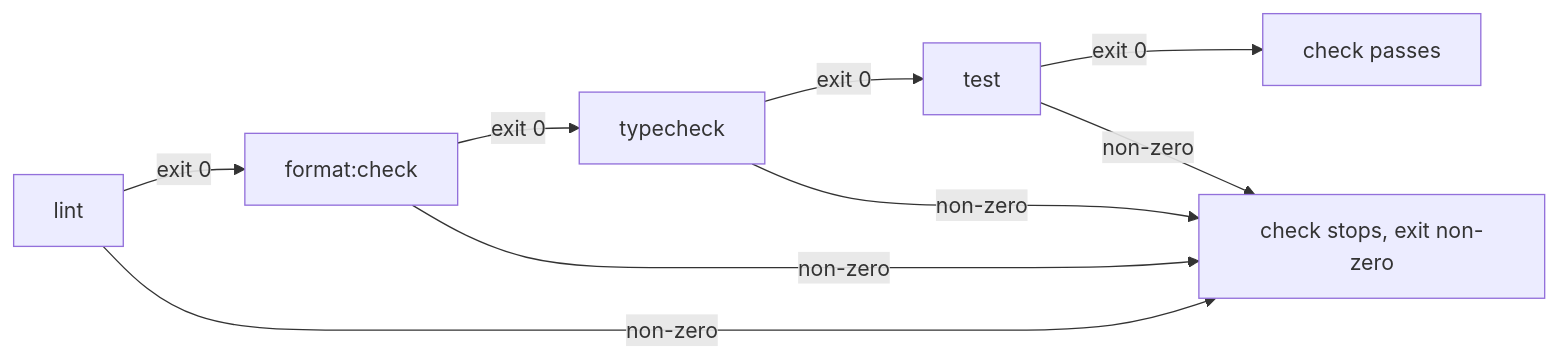
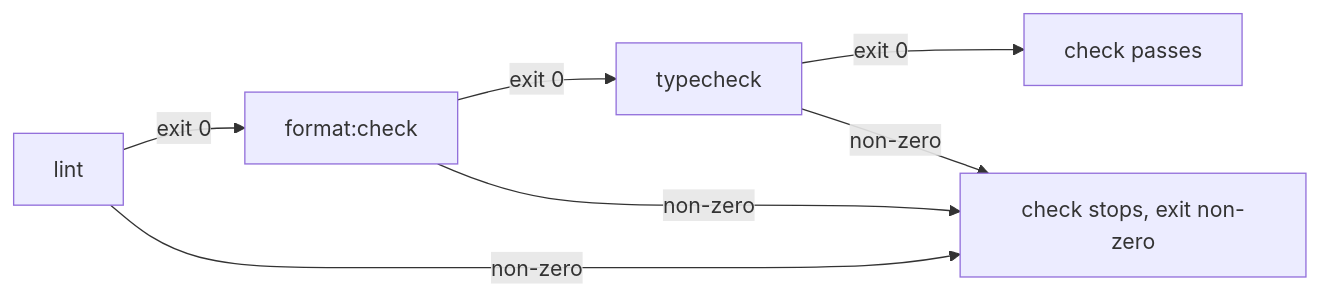
One commit to Dabking228/NASA-Space-Apps-Challenge-2026 changed the second of 2 diagrams in .kiro/specs/foundation/design.md. Above: the diagram before and after it, drawn with Mermaid. The commit also changed other lines of this file and 5 other files, not shown here.

````diff
--- a/.kiro/specs/foundation/design.md
+++ b/.kiro/specs/foundation/design.md
@@ -73,11 +75,9 @@
 ```mermaid
 flowchart LR
     A[lint] -->|exit 0| B[format:check]
     B -->|exit 0| C[typecheck]
-    C -->|exit 0| D[test]
-    D -->|exit 0| E[check passes]
+    C -->|exit 0| D[check passes]
     A -->|non-zero| F[check stops, exit non-zero]
     B -->|non-zero| F
     C -->|non-zero| F
-    D -->|non-zero| F
 ```
````
